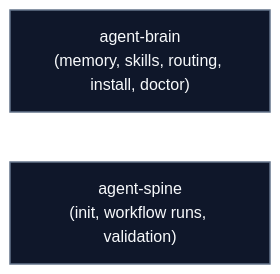
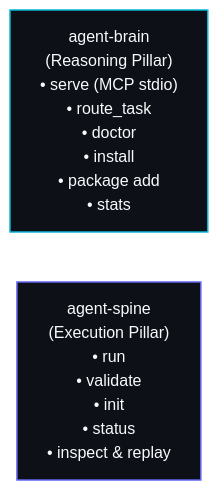
The diagram in src/routes/docs/cli/+page.md (autonomic-ai-dev/website), drawn with Mermaid before and after one commit. The commit also changed other lines of this file and 2 other files, not shown here.

````diff
--- a/src/routes/docs/cli/+page.md
+++ b/src/routes/docs/cli/+page.md
@@ -12,8 +48,10 @@
 ```mermaid
 flowchart LR
-    Brain["agent-brain\n(memory, skills, routing, install, doctor)"]
-    Spine["agent-spine\n(init, workflow runs, validation)"]
+    Brain["agent-brain\n(Reasoning Pillar)\n• serve (MCP stdio)\n• route_task\n• doctor\n• install\n• package add\n• stats"]
+    Spine["agent-spine\n(Execution Pillar)\n• run\n• validate\n• init\n• status\n• inspect & replay"]
 
-    classDef organ fill:#0f172a,stroke:#64748b,stroke-width:1.5px,color:#f8fafc;
-    class Brain,Spine organ;
+    classDef brainClass fill:#0d1117,stroke:#06b6d4,stroke-width:1.5px,color:#f8fafc;
+    classDef spineClass fill:#0d1117,stroke:#6366f1,stroke-width:1.5px,color:#f8fafc;
+    class Brain brainClass;
+    class Spine spineClass;
 ```
````
